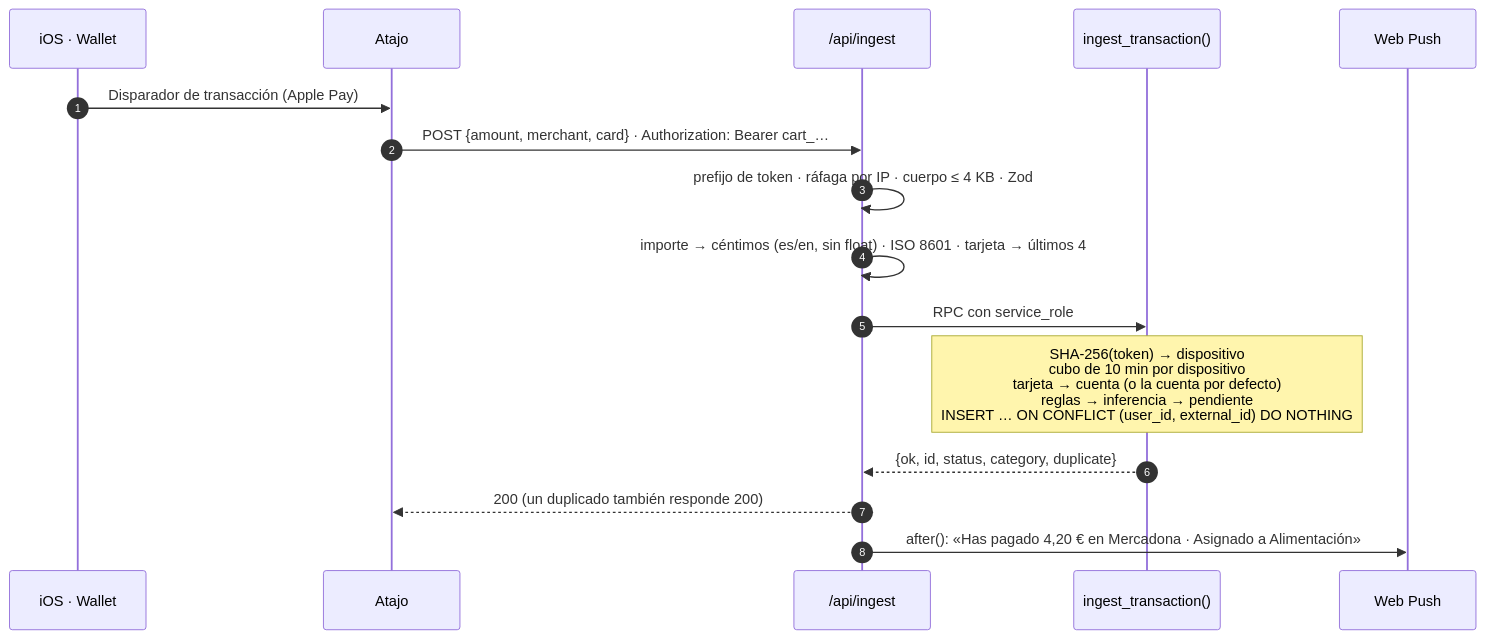
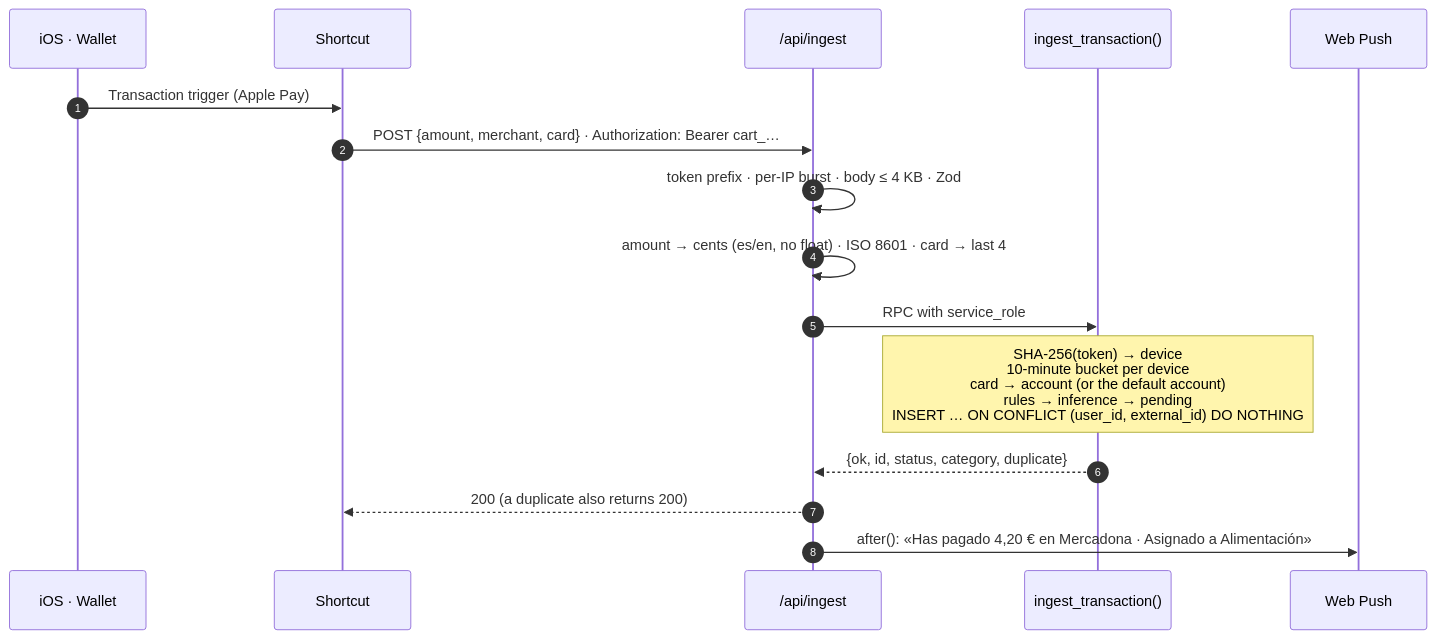
The second of 2 diagrams in README.md (PaabloMrtneez/cartera-finanzas), drawn with Mermaid before and after one commit. The commit also changed other lines of this file and 14 other files, not shown here.

````diff
--- a/README.md
+++ b/README.md
@@ -202,18 +210,18 @@
 ```mermaid
 sequenceDiagram
     autonumber
     participant W as iOS · Wallet
-    participant A as Atajo
+    participant A as Shortcut
     participant R as /api/ingest
     participant DB as ingest_transaction()
     participant WP as Web Push
-    W->>A: Disparador de transacción (Apple Pay)
+    W->>A: Transaction trigger (Apple Pay)
     A->>R: POST {amount, merchant, card} · Authorization: Bearer cart_…
-    R->>R: prefijo de token · ráfaga por IP · cuerpo ≤ 4 KB · Zod
-    R->>R: importe → céntimos (es/en, sin float) · ISO 8601 · tarjeta → últimos 4
-    R->>DB: RPC con service_role
-    Note over DB: SHA-256(token) → dispositivo<br/>cubo de 10 min por dispositivo<br/>tarjeta → cuenta (o la cuenta por defecto)<br/>reglas → inferencia → pendiente<br/>INSERT … ON CONFLICT (user_id, external_id) DO NOTHING
+    R->>R: token prefix · per-IP burst · body ≤ 4 KB · Zod
+    R->>R: amount → cents (es/en, no float) · ISO 8601 · card → last 4
+    R->>DB: RPC with service_role
+    Note over DB: SHA-256(token) → device<br/>10-minute bucket per device<br/>card → account (or the default account)<br/>rules → inference → pending<br/>INSERT … ON CONFLICT (user_id, external_id) DO NOTHING
     DB-->>R: {ok, id, status, category, duplicate}
-    R-->>A: 200 (un duplicado también responde 200)
+    R-->>A: 200 (a duplicate also returns 200)
     R->>WP: after(): «Has pagado 4,20 € en Mercadona · Asignado a Alimentación»
 ```
````
